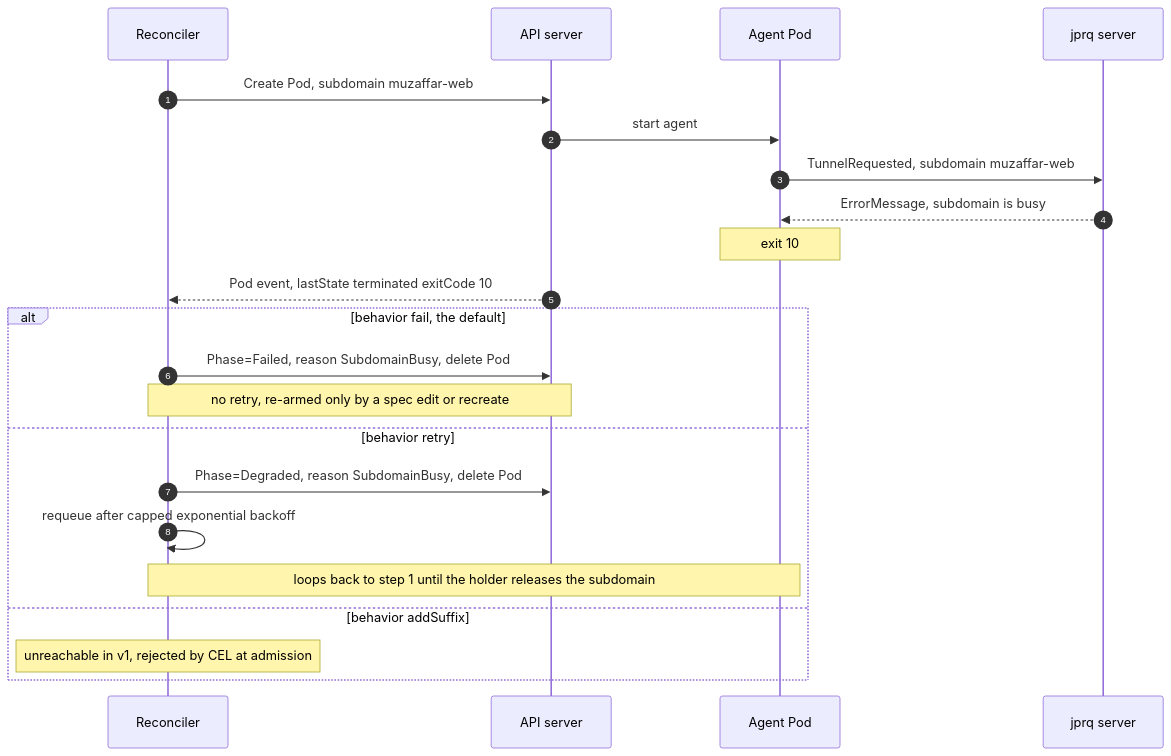
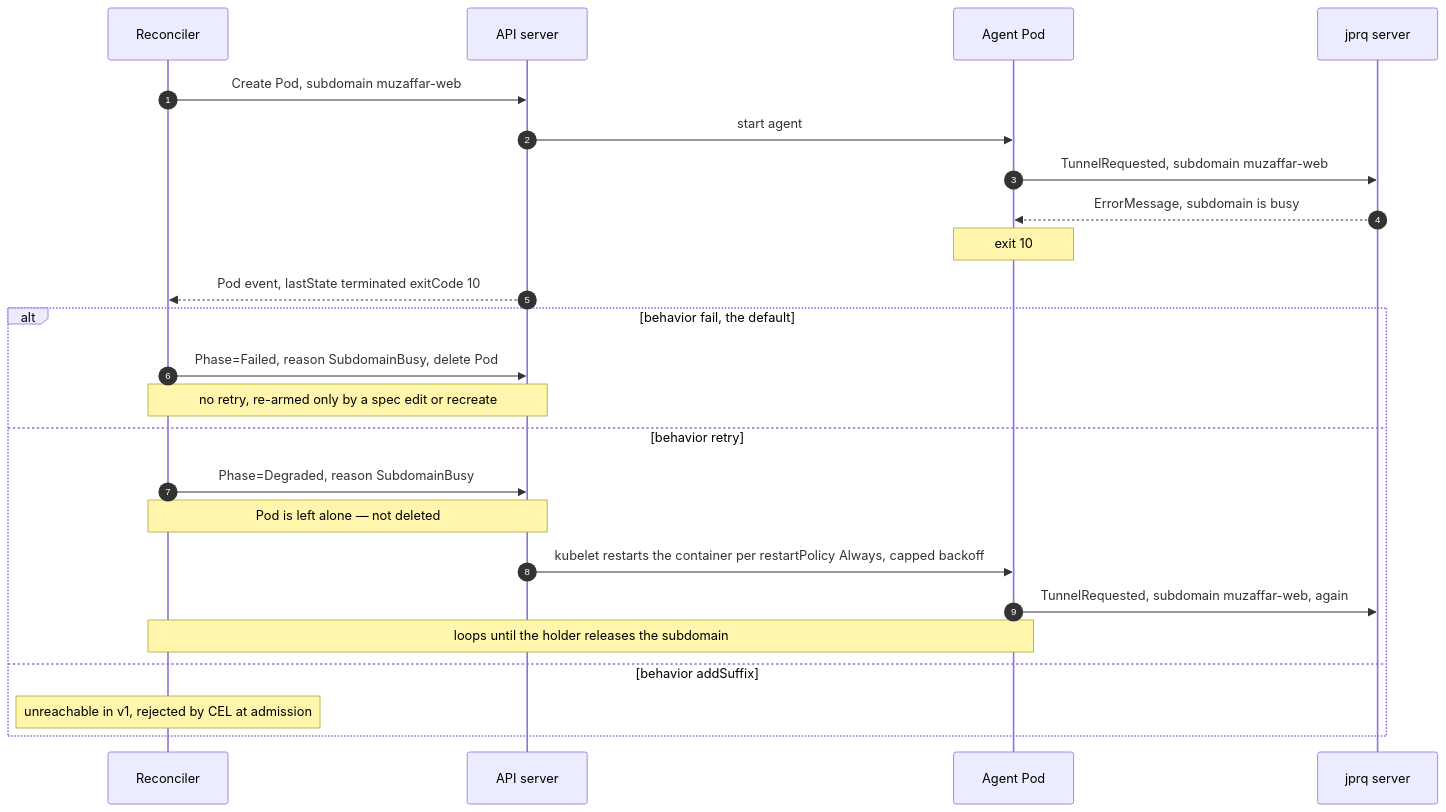
Before and after one commit to MuzaffarNurillaew/jprq-bek: the fourth of 4 diagrams in docs/DESIGN.md, drawn with Mermaid. The commit also changed other lines of this file and 15 other files, not shown here.

````diff
--- a/docs/DESIGN.md
+++ b/docs/DESIGN.md
@@ -629,26 +683,28 @@
 ```mermaid
 sequenceDiagram
     autonumber
     participant R as Reconciler
     participant K as API server
     participant P as Agent Pod
     participant S as jprq server
 
     R->>K: Create Pod, subdomain muzaffar-web
     K->>P: start agent
     P->>S: TunnelRequested, subdomain muzaffar-web
     S-->>P: ErrorMessage, subdomain is busy
     Note over P: exit 10
     K-->>R: Pod event, lastState terminated exitCode 10
 
     alt behavior fail, the default
         R->>K: Phase=Failed, reason SubdomainBusy, delete Pod
         Note over R,K: no retry, re-armed only by a spec edit or recreate
     else behavior retry
-        R->>K: Phase=Degraded, reason SubdomainBusy, delete Pod
-        R->>R: requeue after capped exponential backoff
-        Note over R,P: loops back to step 1 until the holder releases the subdomain
+        R->>K: Phase=Degraded, reason SubdomainBusy
+        Note over R,K: Pod is left alone — not deleted
+        K->>P: kubelet restarts the container per restartPolicy Always, capped backoff
+        P->>S: TunnelRequested, subdomain muzaffar-web, again
+        Note over R,P: loops until the holder releases the subdomain
     else behavior addSuffix
         Note over R: unreachable in v1, rejected by CEL at admission
     end
 ```
````
